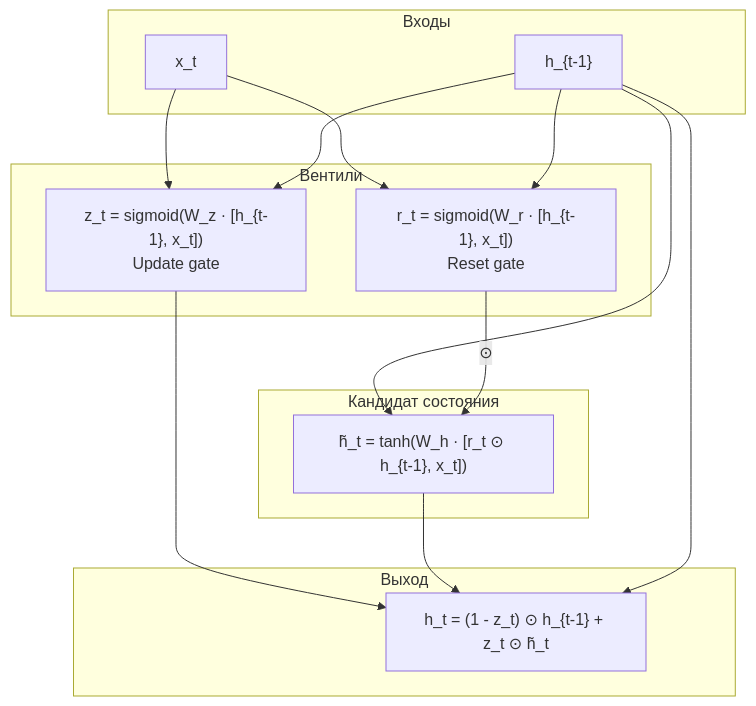
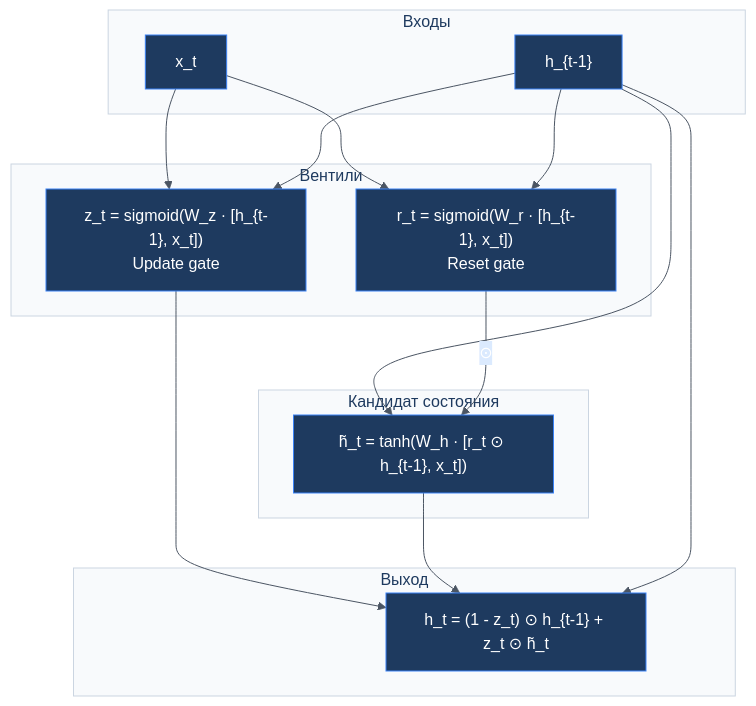
Before and after one commit to Kiraprint/DOOM: the diagram in docs/gru_cell.mmd, drawn with Mermaid. The commit also changed 9 other files, not shown here.

Commit message:
style: add Mermaid diagram theming and larger font sizes

```diff
--- a/docs/gru_cell.mmd
+++ b/docs/gru_cell.mmd
@@ -1,28 +1,28 @@
-flowchart TD
+%%{init: {'theme': 'base', 'themeVariables': {'primaryColor': '#1e3a5f', 'primaryTextColor': '#fff', 'primaryBorderColor': '#1e3a5f', 'lineColor': '#4B5563', 'secondaryColor': '#dbeafe', 'tertiaryColor': '#f0fdf4', 'clusterBkg': '#f8fafc', 'fontSize': 15, 'clusterBorder': '#cbd5e1', 'nodeBorder': '#3b82f6', 'nodeTextColor': '#1e40af', 'titleColor': '#1e3a5f'}}}%% flowchart TD
   subgraph Inputs["Входы"]
     X["x_t"]
     H["h_{t-1}"]
   end
 
   subgraph Gates["Вентили"]
     R["r_t = sigmoid(W_r · [h_{t-1}, x_t])<br/>Reset gate"]
     Z["z_t = sigmoid(W_z · [h_{t-1}, x_t])<br/>Update gate"]
   end
 
   subgraph Candidate["Кандидат состояния"]
     HT["h̃_t = tanh(W_h · [r_t ⊙ h_{t-1}, x_t])"]
   end
 
   subgraph Output["Выход"]
     HNEW["h_t = (1 - z_t) ⊙ h_{t-1} + z_t ⊙ h̃_t"]
   end
 
   X --> R
   X --> Z
   H --> R
   H --> Z
   H --> HT
   R -->|"⊙"| HT
   Z --> HNEW
   HT --> HNEW
   H --> HNEW
```
